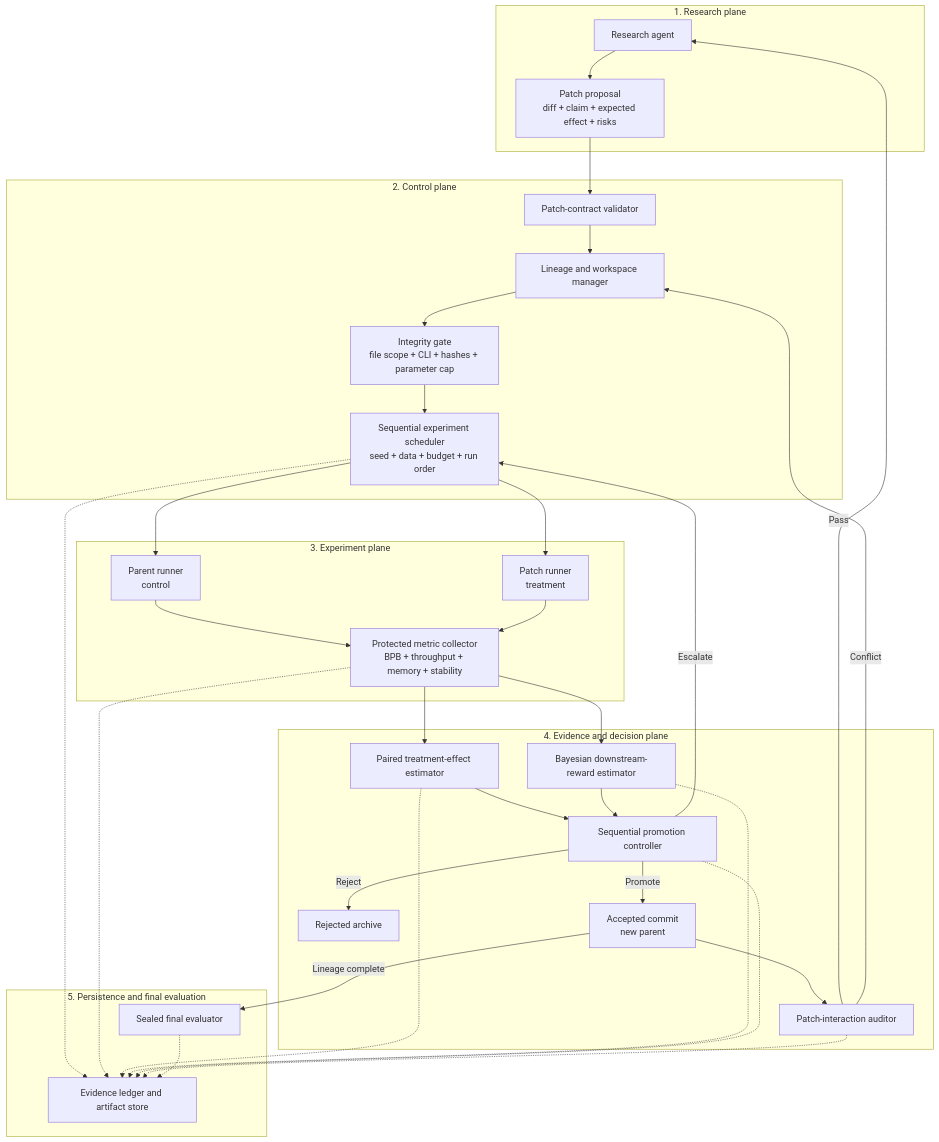
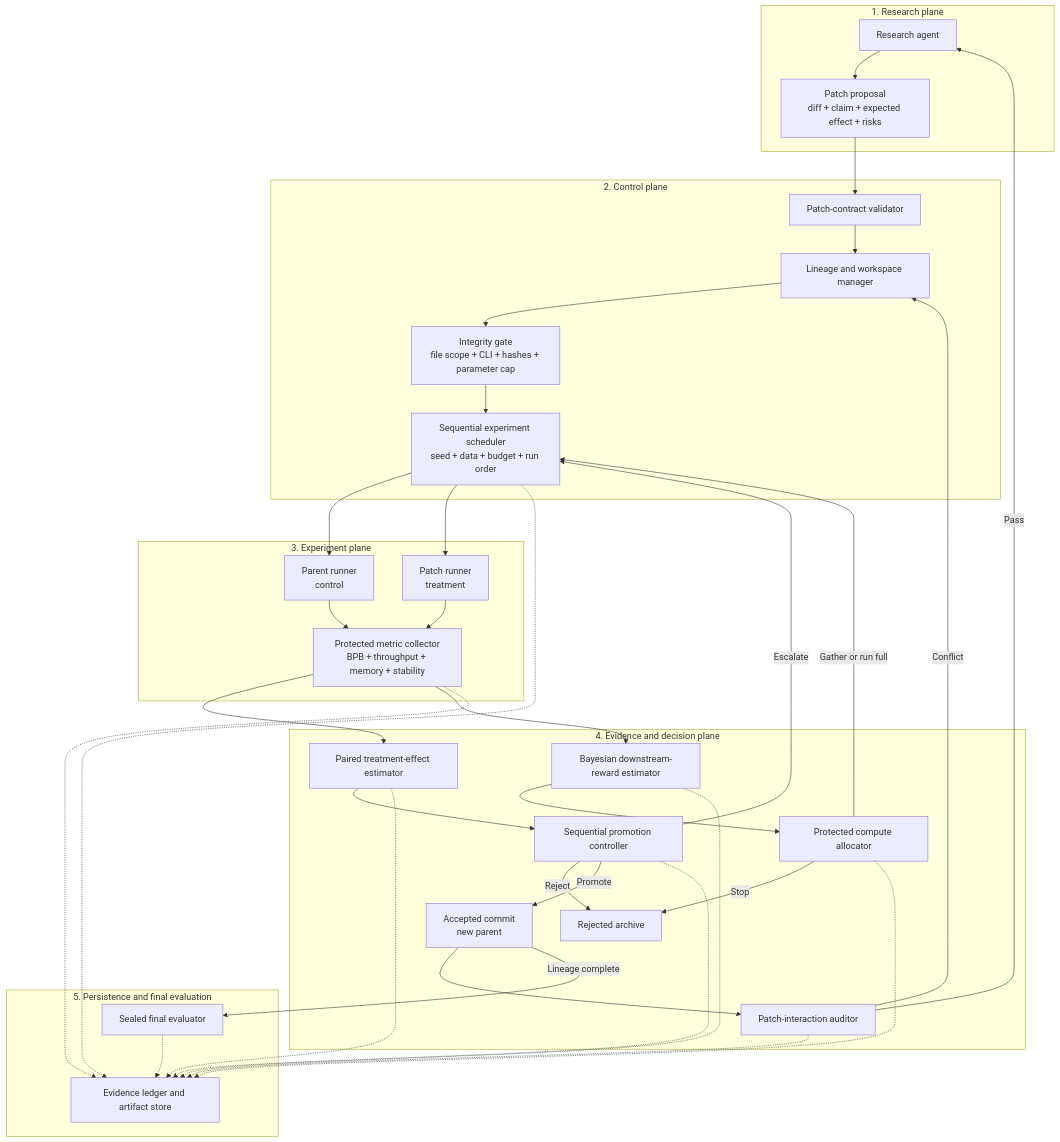
The diagram in README.md (itsflownium/autodidact-autoresearch), drawn with Mermaid before and after one commit. The commit also changed other lines of this file and 10 other files, not shown here.

Commit message:
Use downstream predictions for compute allocation

````diff
--- a/README.md
+++ b/README.md
@@ -408,47 +408,50 @@
 ```mermaid
 flowchart TB
     subgraph research["1. Research plane"]
         agent["Research agent"] --> proposal["Patch proposal<br/>diff + claim + expected effect + risks"]
     end
 
     subgraph control["2. Control plane"]
         proposal --> contract["Patch-contract validator"]
         contract --> lineage["Lineage and workspace manager"]
         lineage --> integrity["Integrity gate<br/>file scope + CLI + hashes + parameter cap"]
         integrity --> scheduler["Sequential experiment scheduler<br/>seed + data + budget + run order"]
     end
 
     subgraph experiment["3. Experiment plane"]
         scheduler --> parent["Parent runner<br/>control"]
         scheduler --> treatment["Patch runner<br/>treatment"]
         parent --> metrics["Protected metric collector<br/>BPB + throughput + memory + stability"]
         treatment --> metrics
     end
 
     subgraph decision["4. Evidence and decision plane"]
         metrics --> effect["Paired treatment-effect estimator"]
         metrics --> reward["Bayesian downstream-reward estimator"]
+        reward --> allocation["Protected compute allocator"]
         effect --> promotion["Sequential promotion controller"]
-        reward --> promotion
+        allocation -->|Gather or run full| scheduler
+        allocation -->|Stop| rejected
         promotion -->|Reject| rejected["Rejected archive"]
         promotion -->|Escalate| scheduler
         promotion -->|Promote| accepted["Accepted commit<br/>new parent"]
         accepted --> interactions["Patch-interaction auditor"]
     end
 
     subgraph persistence["5. Persistence and final evaluation"]
         ledger["Evidence ledger and artifact store"]
         hidden["Sealed final evaluator"]
     end
 
     accepted -->|Lineage complete| hidden
     interactions -->|Pass| agent
     interactions -->|Conflict| lineage
     scheduler -.-> ledger
     metrics -.-> ledger
     effect -.-> ledger
     reward -.-> ledger
+    allocation -.-> ledger
     promotion -.-> ledger
     interactions -.-> ledger
     hidden -.-> ledger
 ```
````
